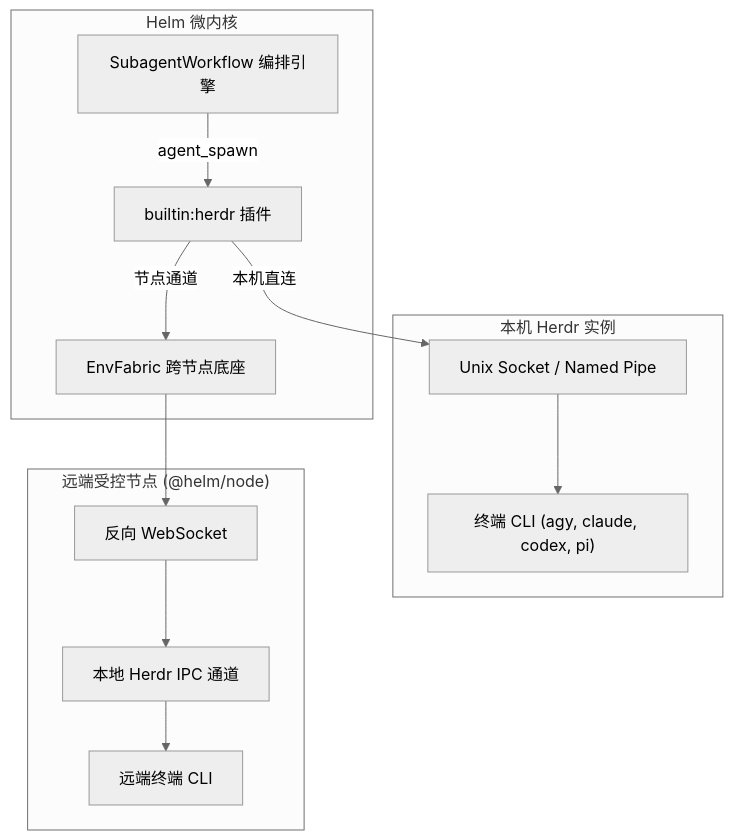
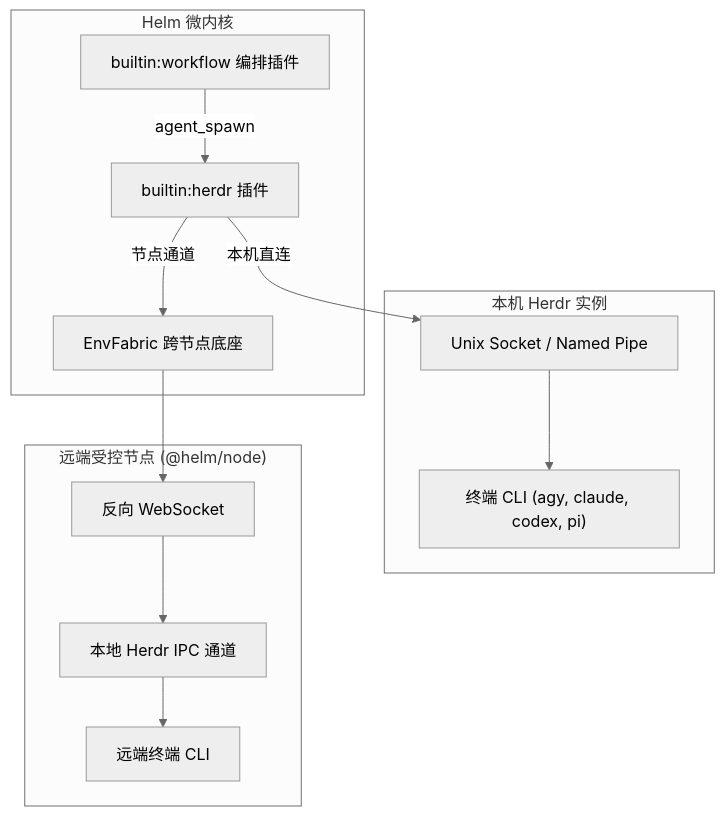
The first of 3 diagrams in docs/plugins/herdr.md (team4u/helm), drawn with Mermaid (neutral theme) before and after one commit. The commit also changed other lines of this file and 14 other files, not shown here.

````diff
--- a/docs/plugins/herdr.md
+++ b/docs/plugins/herdr.md
@@ -13,27 +13,27 @@
 ```mermaid
 flowchart TD
     subgraph Helm["Helm 微内核"]
-        Engine["SubagentWorkflow 编排引擎"]
+        Engine["builtin:workflow 编排插件"]
         Plugin["builtin:herdr 插件"]
         Fabric["EnvFabric 跨节点底座"]
     end
 
     subgraph LocalHerdr["本机 Herdr 实例"]
         LocalSocket["Unix Socket / Named Pipe"]
         LocalAgents["终端 CLI (agy, claude, codex, pi)"]
     end
 
     subgraph RemoteNode["远端受控节点 (@helm/node)"]
         RemoteFabric["反向 WebSocket"]
         RemoteSocket["本地 Herdr IPC 通道"]
         RemoteAgents["远端终端 CLI"]
     end
 
     Engine -->|agent_spawn| Plugin
     Plugin -->|本机直连| LocalSocket
     LocalSocket --> LocalAgents
     Plugin -->|节点通道| Fabric
     Fabric --> RemoteFabric
     RemoteFabric --> RemoteSocket
     RemoteSocket --> RemoteAgents
 ```
````
